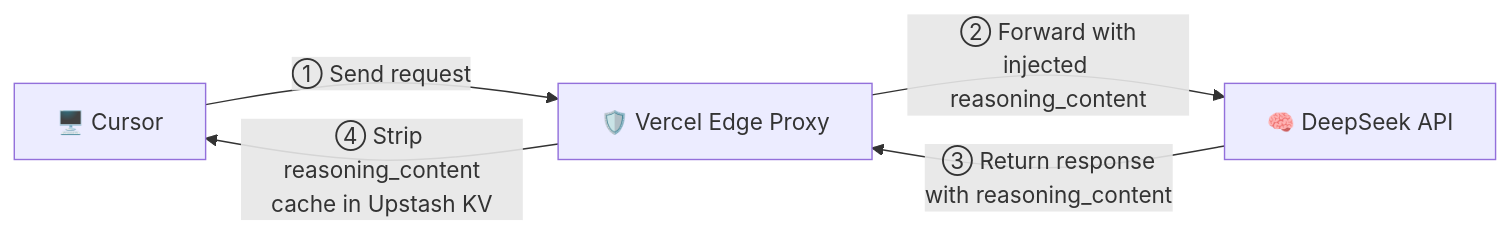
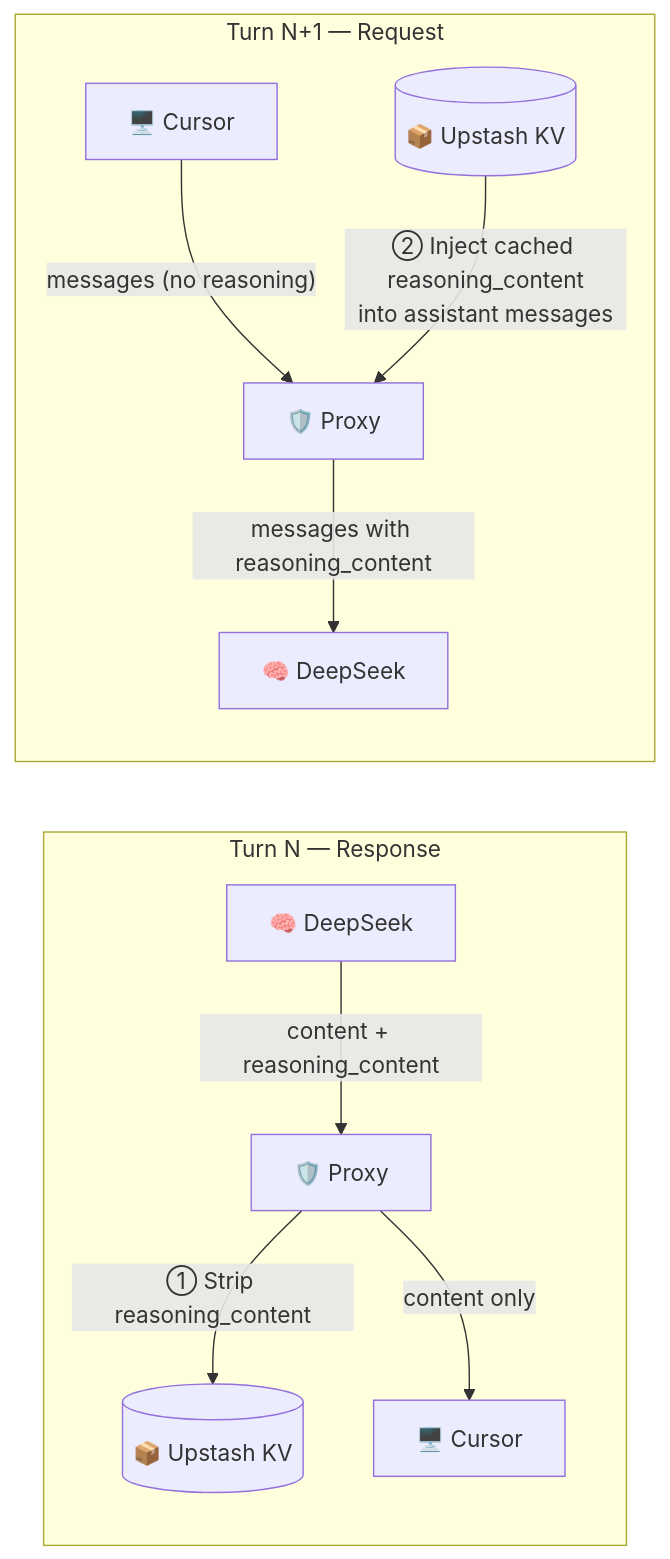
One commit to lqdflying/cursorProxy changed the first of 2 diagrams in README.md. Above: the diagram before and after it, drawn with Mermaid. The commit also changed other lines of this file, not shown here.

Commit message:
docs: improve Mermaid diagrams with decrypt/re-encrypt and KV cycle

````diff
--- a/README.md
+++ b/README.md
@@ -52,7 +52,14 @@
 ```mermaid
 flowchart LR
-    Cursor["🖥️ Cursor"] -->|"① Send request"| Proxy["🛡️ Vercel Edge Proxy"]
-    Proxy -->|"② Forward with<br/>injected reasoning_content"| DeepSeek["🧠 DeepSeek API"]
-    DeepSeek -->|"③ Return response<br/>with reasoning_content"| Proxy
-    Proxy -->|"④ Strip reasoning_content<br/>cache in Upstash KV"| Cursor
+    subgraph Turn1["Turn N — Response"]
+        DS1["🧠 DeepSeek"] -->|"content + reasoning_content"| P1["🛡️ Proxy"]
+        P1 -->|"① Strip reasoning_content"| KV[("📦 Upstash KV")]
+        P1 -->|"content only"| C1["🖥️ Cursor"]
+    end
+
+    subgraph Turn2["Turn N+1 — Request"]
+        C2["🖥️ Cursor"] -->|"messages (no reasoning)"| P2["🛡️ Proxy"]
+        KV2[("📦 Upstash KV")] -->|"② Inject cached reasoning_content<br/>into assistant messages"| P2
+        P2 -->|"messages with reasoning_content"| DS2["🧠 DeepSeek"]
+    end
 ```
````
